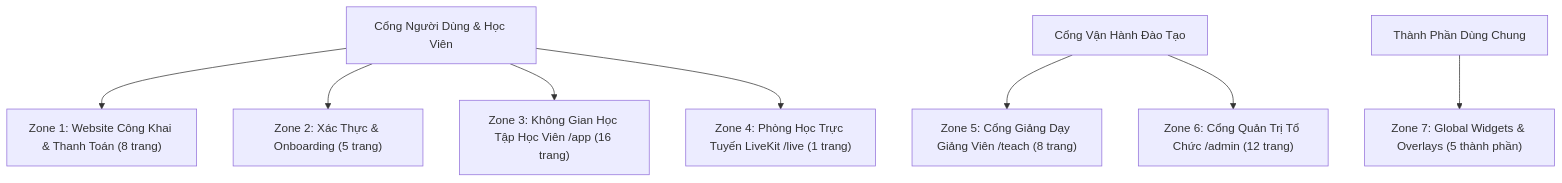
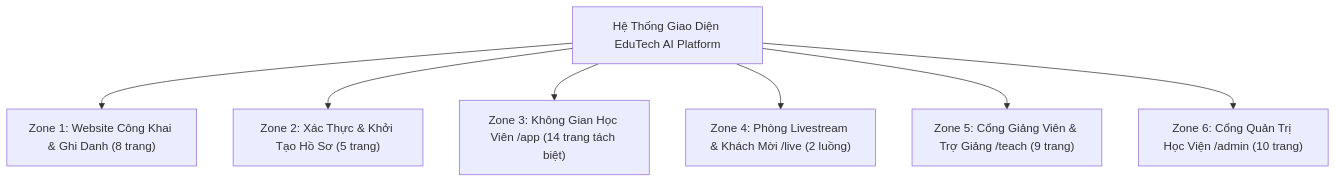
Before and after one commit to trannguyensonthanh/3TAcademy: the diagram in docs/03-frontend-functional-specifications.md, drawn with Mermaid. The commit also changed other lines of this file and 7 other files, not shown here.

````diff
--- a/docs/03-frontend-functional-specifications.md
+++ b/docs/03-frontend-functional-specifications.md
@@ -27,10 +82,9 @@
 ```mermaid
-graph TD
-    A["Cổng Người Dùng & Học Viên"] --> A1["Zone 1: Website Công Khai & Thanh Toán (8 trang)"]
-    A --> A2["Zone 2: Xác Thực & Onboarding (5 trang)"]
-    A --> A3["Zone 3: Không Gian Học Tập Học Viên /app (16 trang)"]
-    A --> A4["Zone 4: Phòng Học Trực Tuyến LiveKit /live (1 trang)"]
-    B["Cổng Vận Hành Đào Tạo"] --> B1["Zone 5: Cổng Giảng Dạy Giảng Viên /teach (8 trang)"]
-    B --> B2["Zone 6: Cổng Quản Trị Tổ Chức /admin (12 trang)"]
-    C["Thành Phần Dùng Chung"] --> C1["Zone 7: Global Widgets & Overlays (5 thành phần)"]
+flowchart TD
+    Root["Hệ Thống Giao Diện EduTech AI Platform"] --> Z1["Zone 1: Website Công Khai & Ghi Danh (8 trang)"]
+    Root --> Z2["Zone 2: Xác Thực & Khởi Tạo Hồ Sơ (5 trang)"]
+    Root --> Z3["Zone 3: Không Gian Học Viên /app (14 trang tách biệt)"]
+    Root --> Z4["Zone 4: Phòng Livestream & Khách Mời /live (2 luồng)"]
+    Root --> Z5["Zone 5: Cổng Giảng Viên & Trợ Giảng /teach (9 trang)"]
+    Root --> Z6["Zone 6: Cổng Quản Trị Học Viện /admin (10 trang)"]
 ```
````
